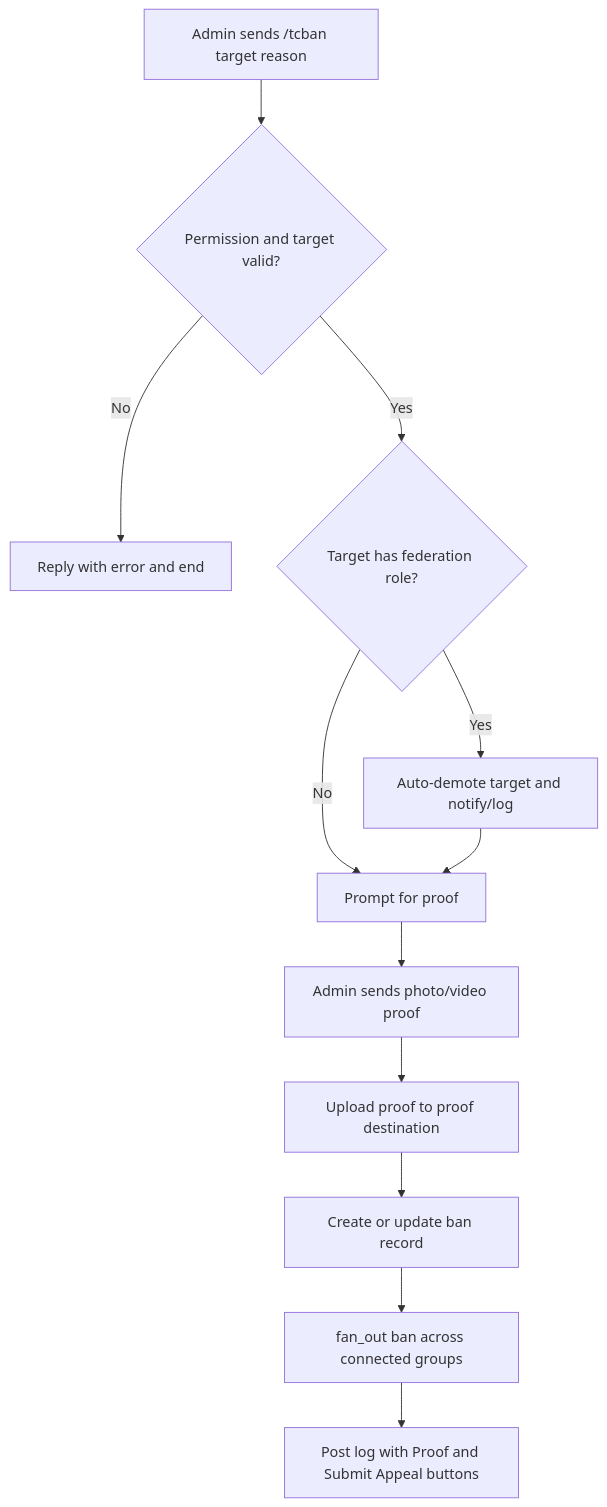
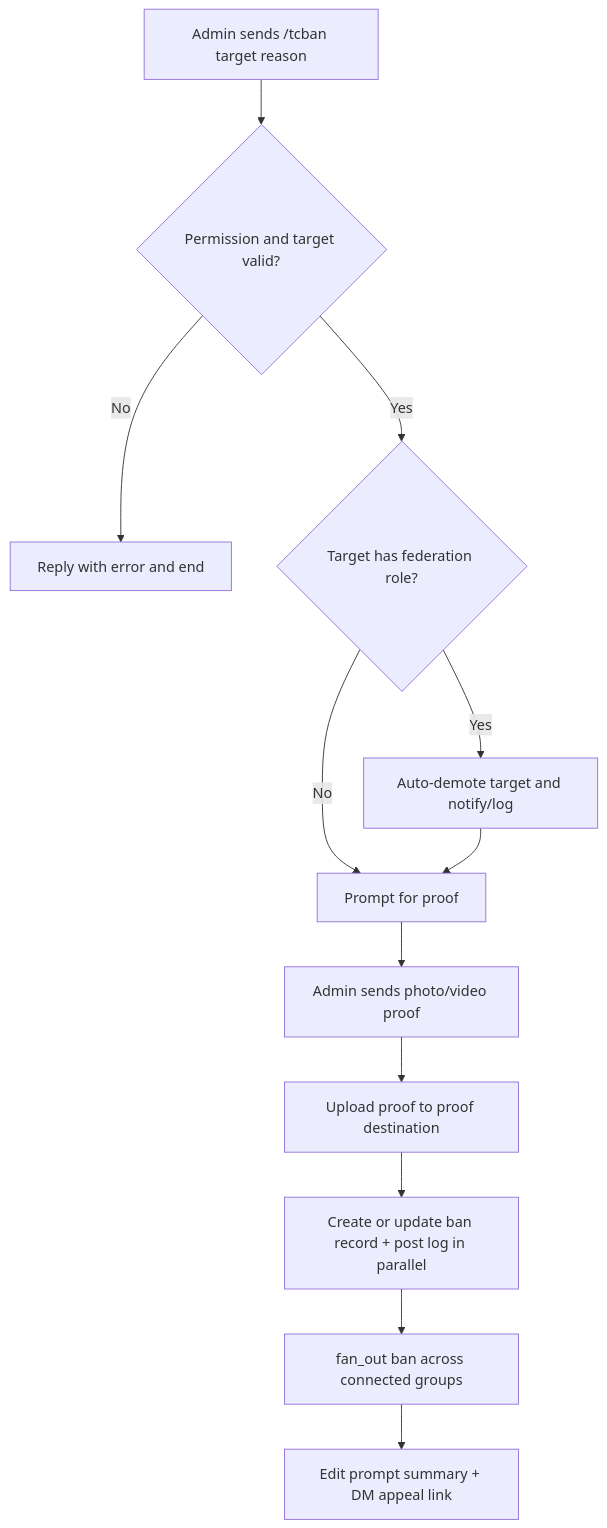
Before and after one commit to D1ZZY4/tgbot_tcf: the first of 4 diagrams in docs/features/workflow-overview.md, drawn with Mermaid. The commit also changed other lines of this file and 8 other files, not shown here.

First line of the commit message:
docs(sync): ban, appeal, and perf guides match implementation

````diff
--- a/docs/features/workflow-overview.md
+++ b/docs/features/workflow-overview.md
@@ -23,14 +23,14 @@
 ```mermaid
 flowchart TD
     A[Admin sends /tcban target reason] --> B{Permission and target valid?}
     B -- No --> X[Reply with error and end]
     B -- Yes --> C{Target has federation role?}
     C -- Yes --> D[Auto-demote target and notify/log]
     C -- No --> E[Prompt for proof]
     D --> E
     E --> F[Admin sends photo/video proof]
     F --> G[Upload proof to proof destination]
-    G --> H[Create or update ban record]
+    G --> H[Create or update ban record + post log in parallel]
     H --> I[fan_out ban across connected groups]
-    I --> J[Post log with Proof and Submit Appeal buttons]
+    I --> J[Edit prompt summary + DM appeal link]
 ```
````
